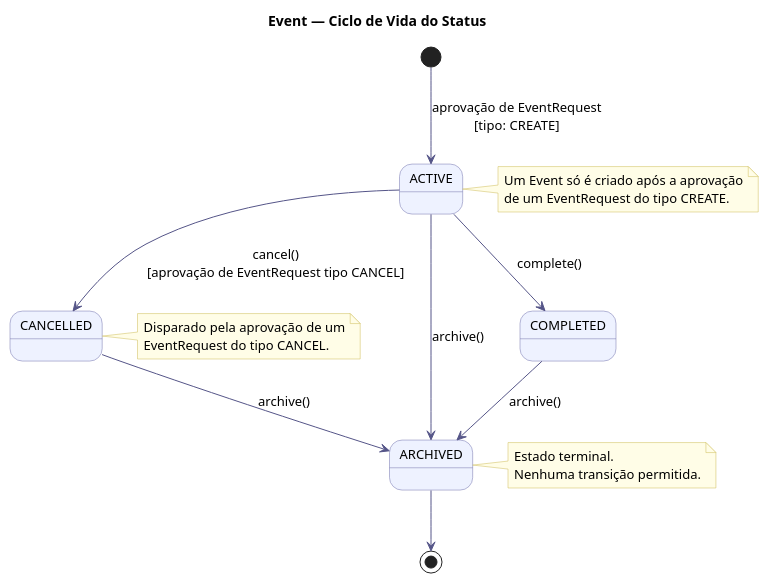
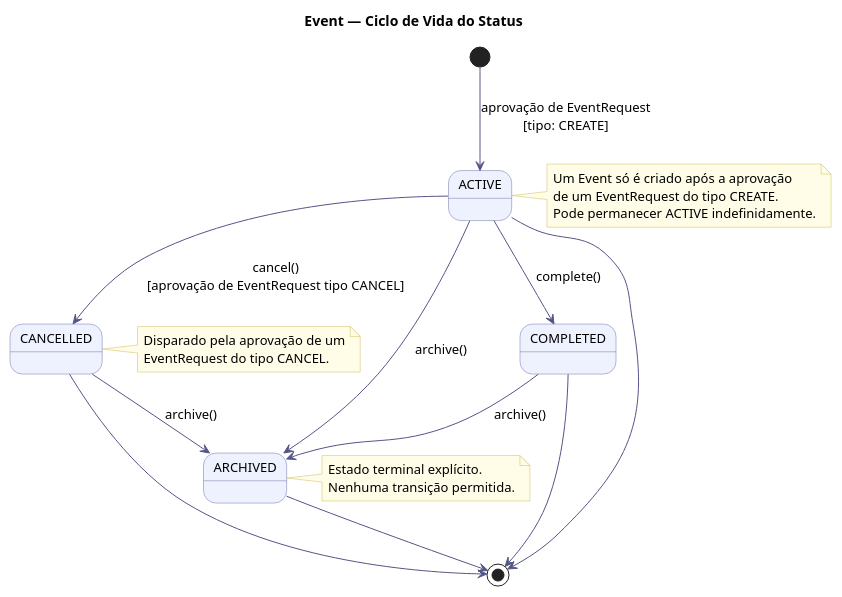
One commit to Neoguara/rooms-diagrams changed the diagram in src/plantuml/estado/event_status.puml. Above: the diagram before and after it, drawn with PlantUML. The commit also changed 5 other files, not shown here.

```diff
--- a/src/plantuml/estado/event_status.puml
+++ b/src/plantuml/estado/event_status.puml
@@ -1,40 +1,45 @@
 @startuml event_status
 
 title Event — Ciclo de Vida do Status
 
 skinparam state {
   BackgroundColor #EEF2FF
   BorderColor #7070AA
   ArrowColor #555588
   FontSize 13
 }
 skinparam noteBackgroundColor #FFFDE7
 skinparam noteBorderColor #CCBB55
 
 [*] --> ACTIVE : aprovação de EventRequest\n[tipo: CREATE]
 
 ACTIVE --> CANCELLED : cancel()\n[aprovação de EventRequest tipo CANCEL]
 ACTIVE --> COMPLETED : complete()
 ACTIVE --> ARCHIVED  : archive()
+ACTIVE --> [*]
 
 CANCELLED --> ARCHIVED : archive()
+CANCELLED --> [*]
+
 COMPLETED --> ARCHIVED : archive()
+COMPLETED --> [*]
 
 ARCHIVED --> [*]
 
 note right of ACTIVE
   Um Event só é criado após a aprovação
   de um EventRequest do tipo CREATE.
+  Pode permanecer ACTIVE indefinidamente.
 end note
 
 note right of CANCELLED
   Disparado pela aprovação de um
   EventRequest do tipo CANCEL.
 end note
 
 note right of ARCHIVED
-  Estado terminal.
+  Estado terminal explícito.
   Nenhuma transição permitida.
 end note
 
 @enduml
```
